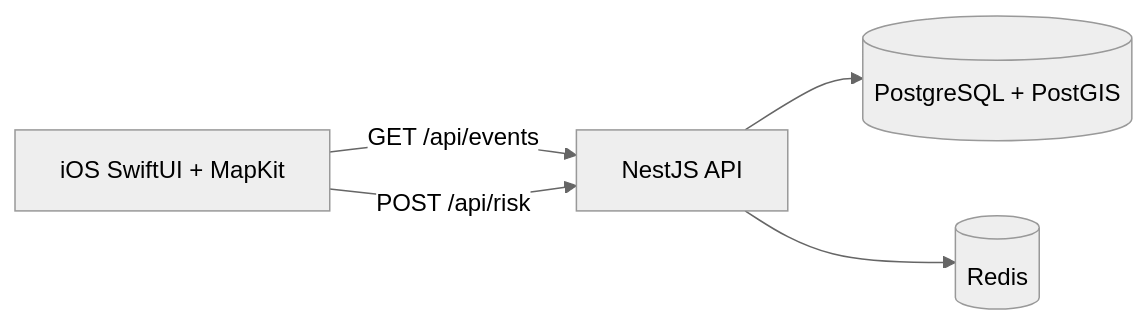
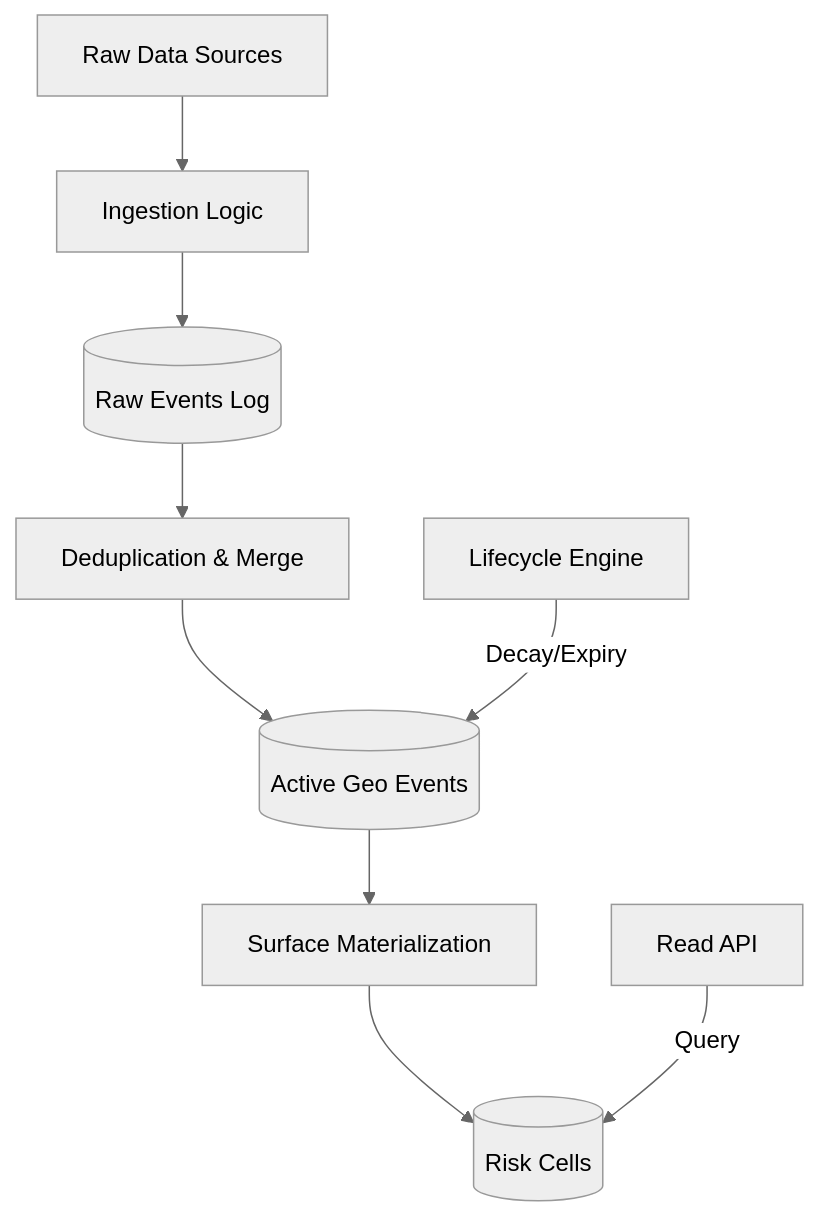
One commit to fallofpheonix/UDIE changed the diagram in README.md. Above: the diagram before and after it, drawn with Mermaid (neutral theme). The commit also changed other lines of this file and 85 other files, not shown here.

Commit message:
Harden architecture, fix deterministic rebuild/risk path, and finalize docs

````diff
--- a/README.md
+++ b/README.md
@@ -29,7 +31,11 @@
 ```mermaid
-flowchart LR
-  A[iOS SwiftUI + MapKit] -->|GET /api/events| B[NestJS API]
-  A -->|POST /api/risk| B
-  B --> C[(PostgreSQL + PostGIS)]
-  B --> D[(Redis)]
+graph TD
+    A[Raw Data Sources] --> B[Ingestion Logic]
+    B --> C[(Raw Events Log)]
+    C --> D[Deduplication & Merge]
+    D --> E[(Active Geo Events)]
+    F[Lifecycle Engine] -->|Decay/Expiry| E
+    E --> G[Surface Materialization]
+    G --> H[(Risk Cells)]
+    I[Read API] -->|Query| H
 ```
````
